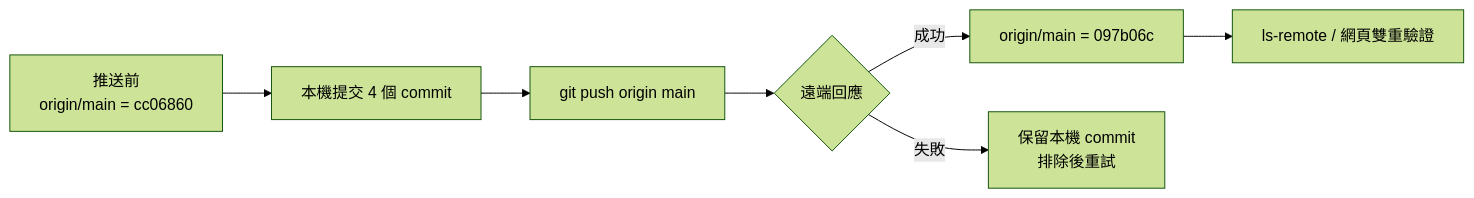
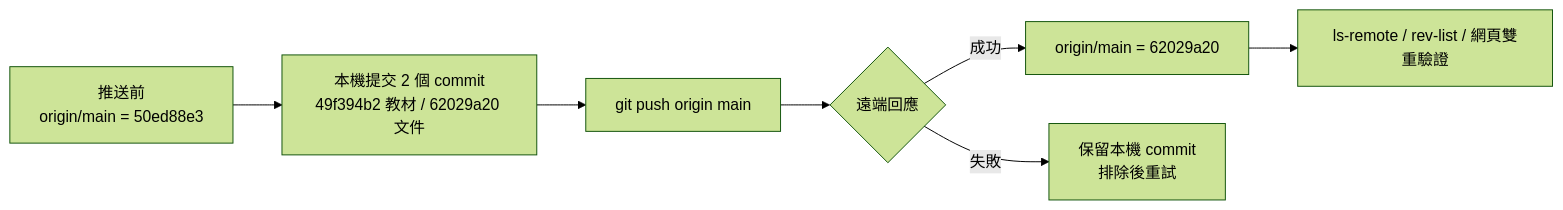
Before and after one commit to yd7148/INDUSTRY-4.0: the first of 4 diagrams in docs/PUSH-RECORD.md, drawn with Mermaid (forest theme). The commit also changed other lines of this file, not shown here.

````diff
--- a/docs/PUSH-RECORD.md
+++ b/docs/PUSH-RECORD.md
@@ -23,9 +26,9 @@
 ```mermaid
 flowchart LR
-    A["推送前<br/>origin/main = cc06860"] --> B["本機提交 4 個 commit"]
+    A["推送前<br/>origin/main = 50ed88e3"] --> B["本機提交 2 個 commit<br/>49f394b2 教材 / 62029a20 文件"]
     B --> C["git push origin main"]
     C --> D{"遠端回應"}
-    D -->|成功| E["origin/main = 097b06c"]
+    D -->|成功| E["origin/main = 62029a20"]
     D -->|失敗| F["保留本機 commit<br/>排除後重試"]
-    E --> G["ls-remote / 網頁雙重驗證"]
+    E --> G["ls-remote / rev-list / 網頁雙重驗證"]
 ```
````
